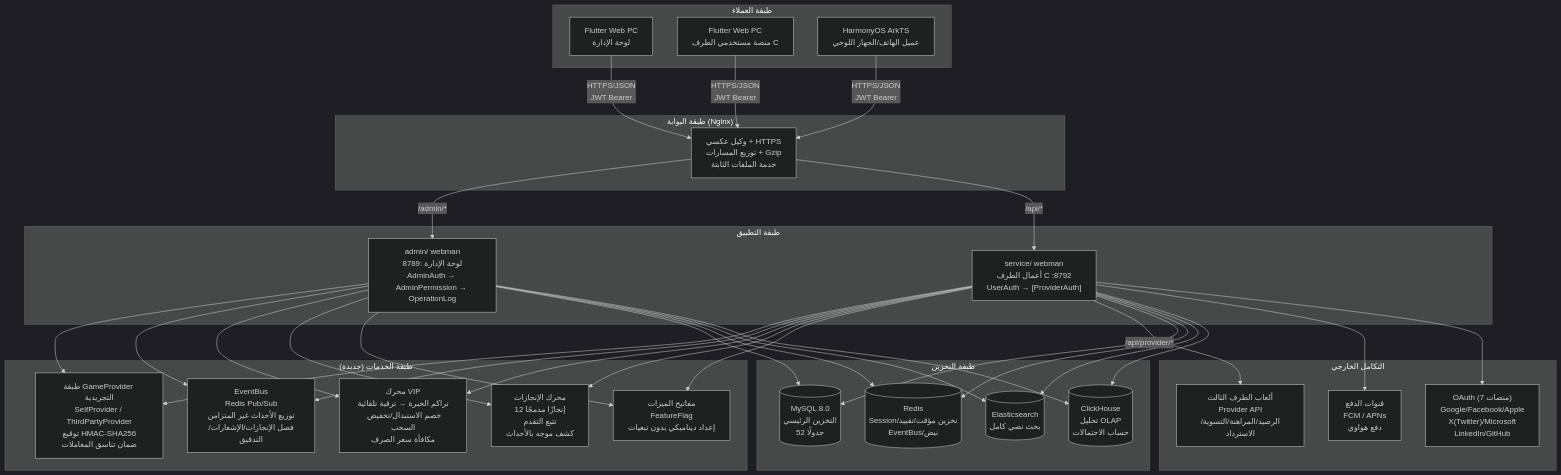
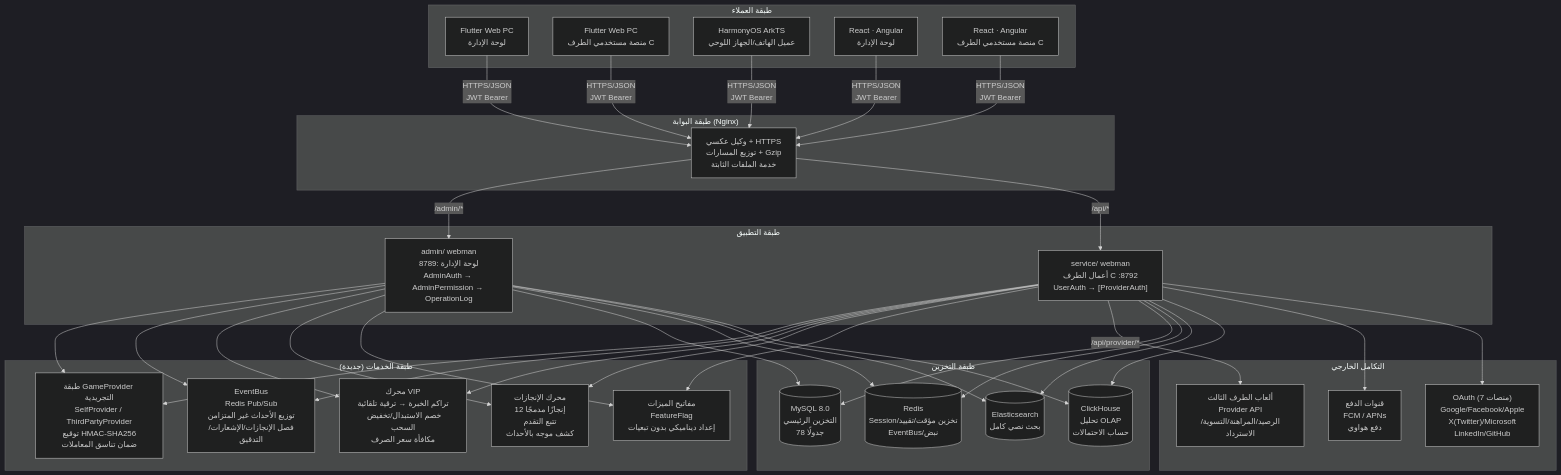
One commit to erikwang2013/game-platform-php changed the first of 2 diagrams in docs/ARCHITECTURE.ar.md. Above: the diagram before and after it, drawn with Mermaid (dark theme). The commit also changed other lines of this file and 511 other files, not shown here.

````diff
--- a/docs/ARCHITECTURE.ar.md
+++ b/docs/ARCHITECTURE.ar.md
@@ -11,46 +11,48 @@
 ```mermaid
 flowchart TB
     subgraph "طبقة العملاء"
         A1["Flutter Web PC<br/>لوحة الإدارة"]
         A2["Flutter Web PC<br/>منصة مستخدمي الطرف C"]
         A3["HarmonyOS ArkTS<br/>عميل الهاتف/الجهاز اللوحي"]
+        A4["React · Angular<br/>لوحة الإدارة"]
+        A5["React · Angular<br/>منصة مستخدمي الطرف C"]
     end
 
     subgraph "طبقة البوابة (Nginx)"
         B1["وكيل عكسي + HTTPS<br/>توزيع المسارات + Gzip<br/>خدمة الملفات الثابتة"]
     end
 
     subgraph "طبقة التطبيق"
         C1["admin/ webman<br/>لوحة الإدارة :8789<br/>AdminAuth → AdminPermission → OperationLog"]
         C2["service/ webman<br/>أعمال الطرف C :8792<br/>UserAuth → [ProviderAuth]"]
     end
 
     subgraph "طبقة الخدمات (جديدة)"
         D0["طبقة GameProvider التجريدية<br/>SelfProvider / ThirdPartyProvider<br/>توقيع HMAC-SHA256<br/>ضمان تناسق المعاملات"]
         D1["EventBus<br/>Redis Pub/Sub<br/>توزيع الأحداث غير المتزامن<br/>فصل الإنجازات/الإشعارات/التدقيق"]
         D2["محرك VIP<br/>تراكم الخبرة → ترقية تلقائية<br/>خصم الاستبدال/تخفيض السحب<br/>مكافأة سعر الصرف"]
         D3["محرك الإنجازات<br/>12 إنجازًا مدمجًا<br/>تتبع التقدم<br/>كشف موجه بالأحداث"]
         D4["مفاتيح الميزات<br/>FeatureFlag<br/>إعداد ديناميكي بدون تبعيات"]
     end
 
     subgraph "طبقة التخزين"
-        E1[("MySQL 8.0<br/>التخزين الرئيسي<br/>52 جدولًا")]
+        E1[("MySQL 8.0<br/>التخزين الرئيسي<br/>78 جدولًا")]
         E2[("Redis<br/>Session/تخزين مؤقت/تقييد<br/>EventBus/نبض")]
         E3[("Elasticsearch<br/>بحث نصي كامل")]
         E4[("ClickHouse<br/>تحليل OLAP<br/>حساب الاحتمالات")]
     end
 
     subgraph "التكامل الخارجي"
         F1["ألعاب الطرف الثالث<br/>Provider API<br/>الرصيد/المراهنة/التسوية/الاسترداد"]
         F2["قنوات الدفع<br/>FCM / APNs<br/>دفع هواوي"]
         F3["OAuth (7 منصات)<br/>Google/Facebook/Apple<br/>X(Twitter)/Microsoft<br/>LinkedIn/GitHub"]
     end
 
-    A1 & A2 & A3 -->|"HTTPS/JSON<br/>JWT Bearer"| B1
+    A1 & A2 & A3 & A4 & A5 -->|"HTTPS/JSON<br/>JWT Bearer"| B1
     B1 -->|"/admin/*"| C1
     B1 -->|"/api/*"| C2
     C1 & C2 --> D0 & D1 & D2 & D3 & D4
     C2 -->|"/api/provider/*"| F1
     C1 & C2 --> E1 & E2 & E3 & E4
     C2 --> F2 & F3
 ```
````
